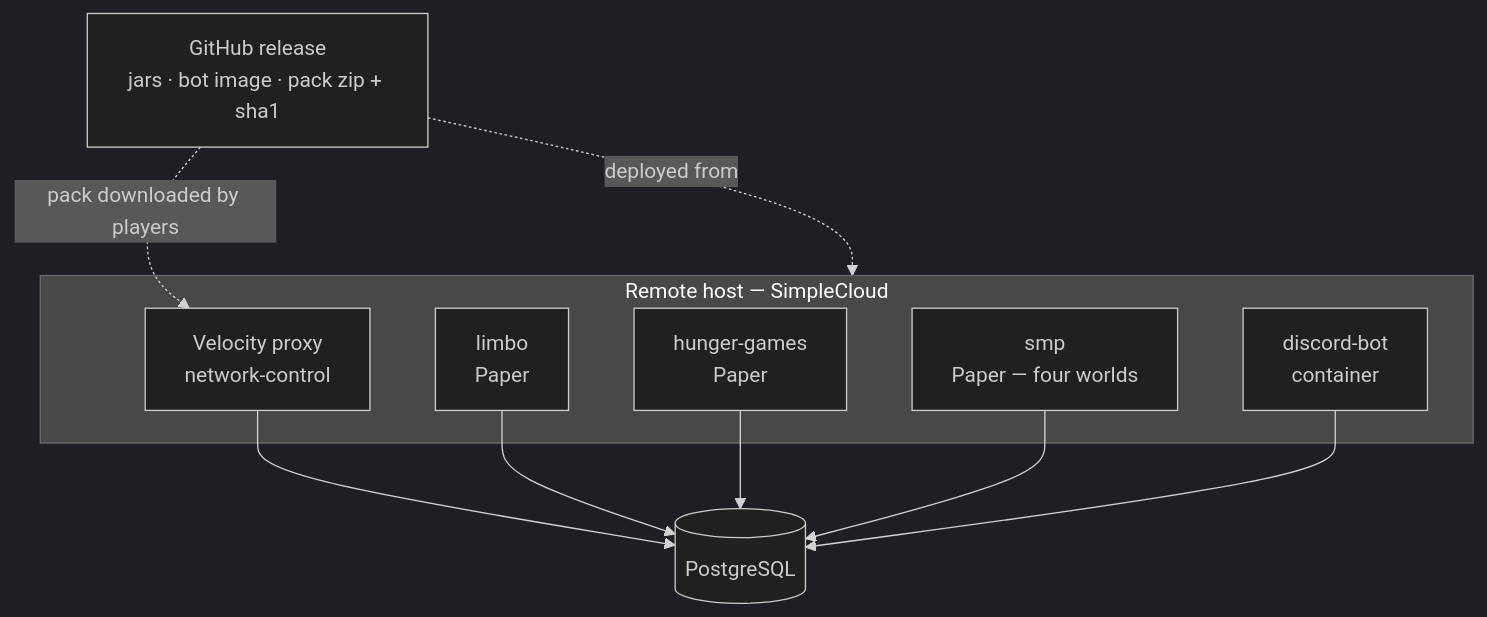
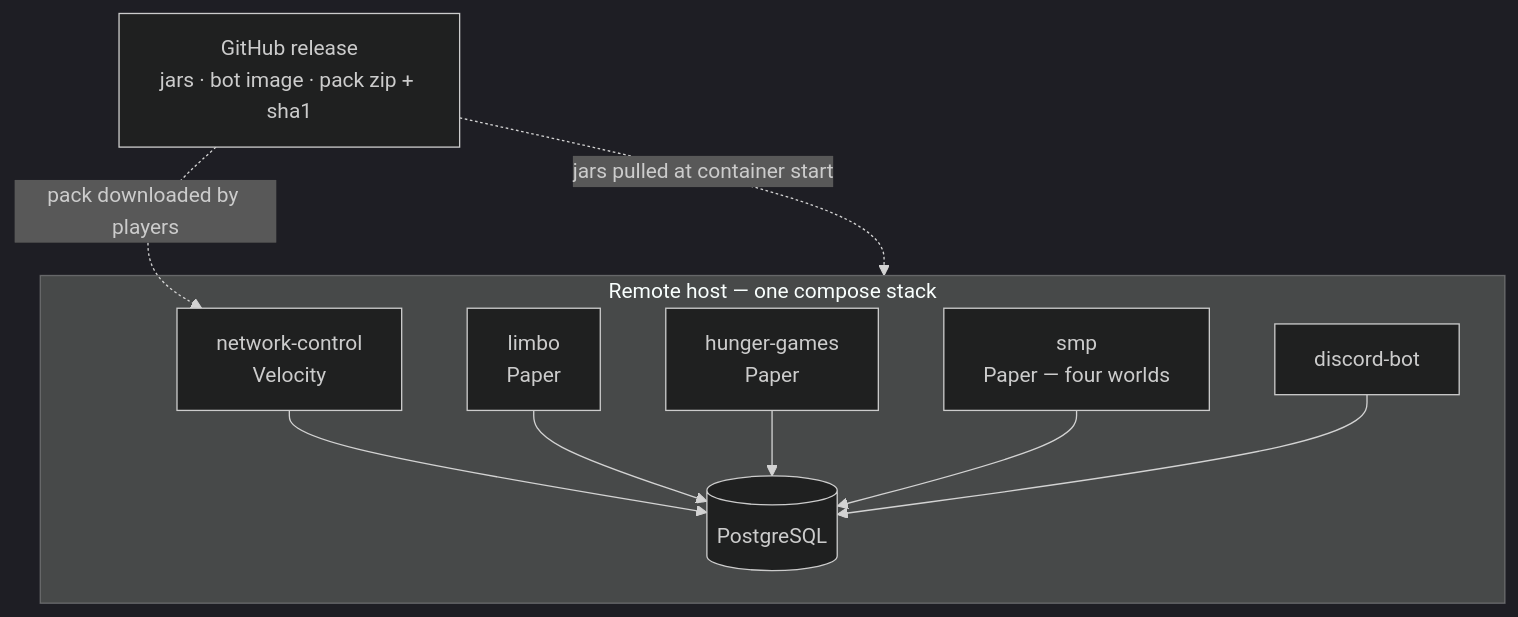
Before and after one commit to nordtal/season-2: the diagram in docs/operations.md, drawn with Mermaid (dark theme). The commit also changed other lines of this file and 46 other files, not shown here.

````diff
--- a/docs/operations.md
+++ b/docs/operations.md
@@ -7,20 +11,20 @@
 ```mermaid
 flowchart TB
-    subgraph host["Remote host — SimpleCloud"]
-        PX["Velocity proxy<br/>network-control"]
+    subgraph host["Remote host — one compose stack"]
+        PX["network-control<br/>Velocity"]
         LBS["limbo<br/>Paper"]
         HGS["hunger-games<br/>Paper"]
         SMPS["smp<br/>Paper — four worlds"]
-        BOTC["discord-bot<br/>container"]
+        BOTC["discord-bot"]
+        PGSQL[("PostgreSQL")]
     end
-    PGSQL[("PostgreSQL")]
     GHR["GitHub release<br/>jars · bot image · pack zip + sha1"]
 
     PX --> PGSQL
     LBS --> PGSQL
     HGS --> PGSQL
     SMPS --> PGSQL
     BOTC --> PGSQL
-    GHR -.->|"deployed from"| host
+    GHR -.->|"jars pulled at container start"| host
     GHR -.->|"pack downloaded by players"| PX
 ```
````
